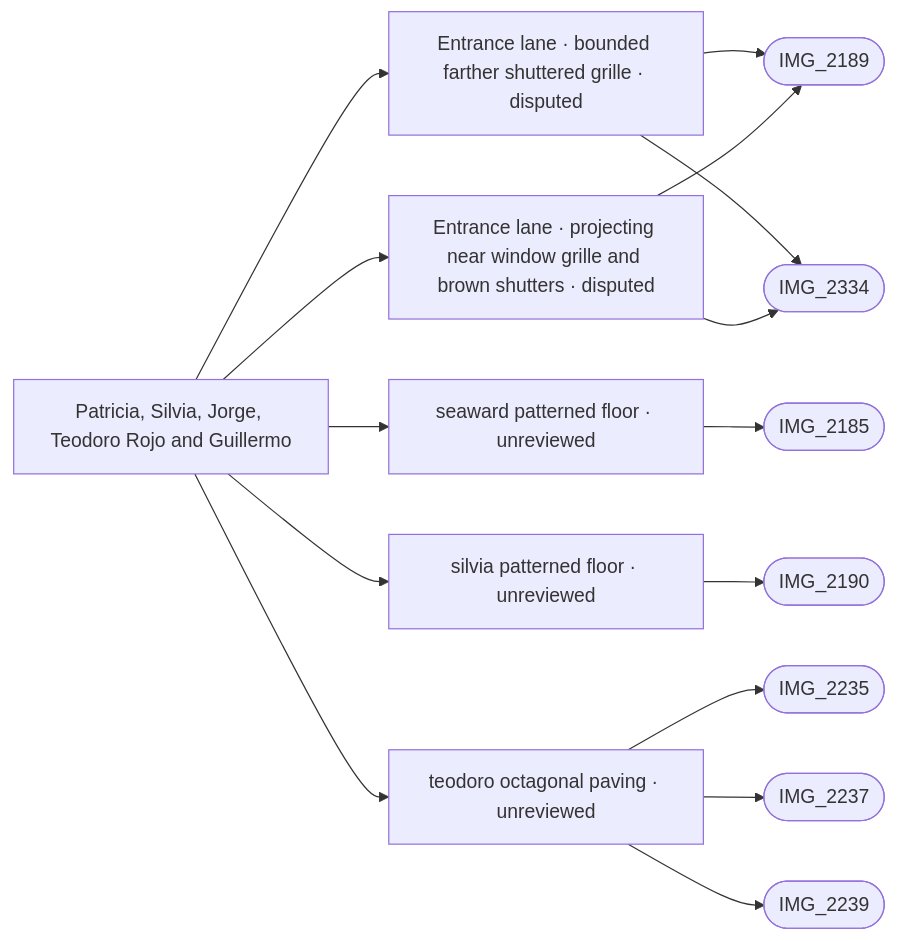
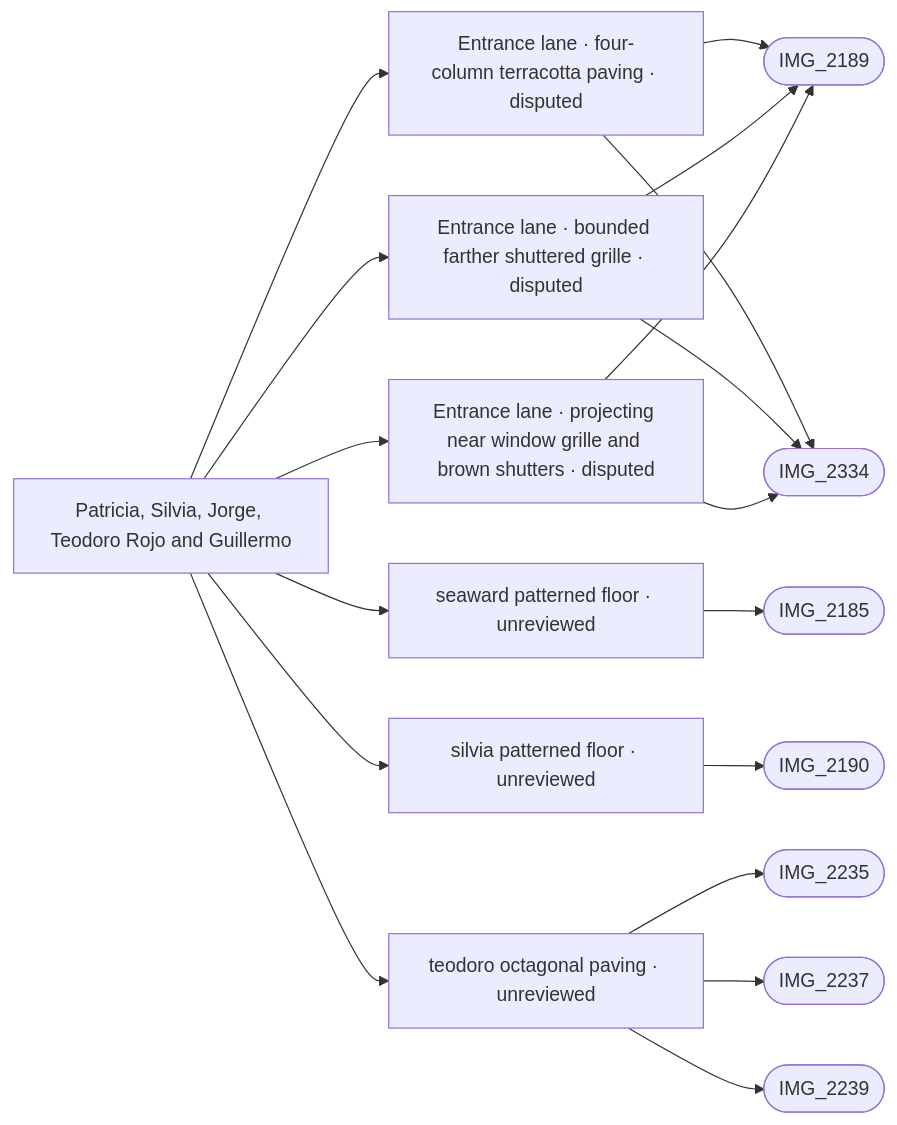
One commit to daveyboyc/villacana-venture changed the diagram in refs/areas/seaward-lanes.md. Above: the diagram before and after it, drawn with Mermaid. The commit also changed other lines of this file and 40 other files, not shown here.

Commit message:
Correct window cages to square frames and lane paving to four columns

````diff
--- a/refs/areas/seaward-lanes.md
+++ b/refs/areas/seaward-lanes.md
@@ -27,18 +27,21 @@
 ```mermaid
 graph LR
   A["Patricia, Silvia, Jorge, Teodoro Rojo and Guillermo"]
-  A --> F0["Entrance lane · bounded farther shuttered grille · disputed"]
+  A --> F0["Entrance lane · four-column terracotta paving · disputed"]
   F0 --> PIMG_2189_jpg(["IMG_2189"])
   F0 --> PIMG_2334_jpg(["IMG_2334"])
-  A --> F1["Entrance lane · projecting near window grille and brown shutters · disputed"]
+  A --> F1["Entrance lane · bounded farther shuttered grille · disputed"]
   F1 --> PIMG_2189_jpg(["IMG_2189"])
   F1 --> PIMG_2334_jpg(["IMG_2334"])
-  A --> F2["seaward patterned floor · unreviewed"]
-  F2 --> PIMG_2185_jpg(["IMG_2185"])
-  A --> F3["silvia patterned floor · unreviewed"]
-  F3 --> PIMG_2190_jpg(["IMG_2190"])
-  A --> F4["teodoro octagonal paving · unreviewed"]
-  F4 --> PIMG_2235_jpg(["IMG_2235"])
-  F4 --> PIMG_2237_jpg(["IMG_2237"])
-  F4 --> PIMG_2239_jpg(["IMG_2239"])
+  A --> F2["Entrance lane · projecting near window grille and brown shutters · disputed"]
+  F2 --> PIMG_2189_jpg(["IMG_2189"])
+  F2 --> PIMG_2334_jpg(["IMG_2334"])
+  A --> F3["seaward patterned floor · unreviewed"]
+  F3 --> PIMG_2185_jpg(["IMG_2185"])
+  A --> F4["silvia patterned floor · unreviewed"]
+  F4 --> PIMG_2190_jpg(["IMG_2190"])
+  A --> F5["teodoro octagonal paving · unreviewed"]
+  F5 --> PIMG_2235_jpg(["IMG_2235"])
+  F5 --> PIMG_2237_jpg(["IMG_2237"])
+  F5 --> PIMG_2239_jpg(["IMG_2239"])
 ```
````
